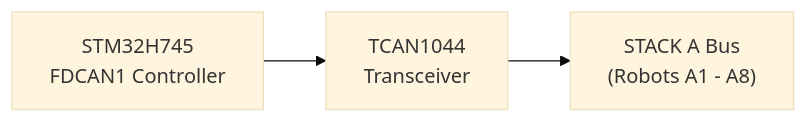
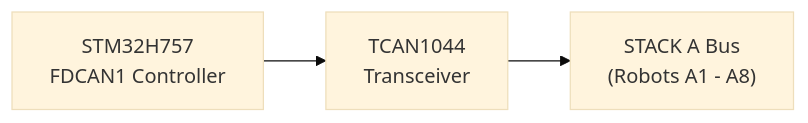
Before and after one commit to JuanenRac/HYDRA-UMC: the first of 2 diagrams in docs/HARDWARE_SPECIFICATION.md, drawn with Mermaid (base theme). The commit also changed other lines of this file and 41 other files, not shown here.

````diff
--- a/docs/HARDWARE_SPECIFICATION.md
+++ b/docs/HARDWARE_SPECIFICATION.md
@@ -72,4 +72,4 @@
 ```mermaid
 flowchart LR
-    FDCAN1["STM32H745<br/>FDCAN1 Controller"] --> XCVR["TCAN1044<br/>Transceiver"] --> BUS["STACK A Bus<br/>(Robots A1 - A8)"]
+    FDCAN1["STM32H757<br/>FDCAN1 Controller"] --> XCVR["TCAN1044<br/>Transceiver"] --> BUS["STACK A Bus<br/>(Robots A1 - A8)"]
 ```
````
